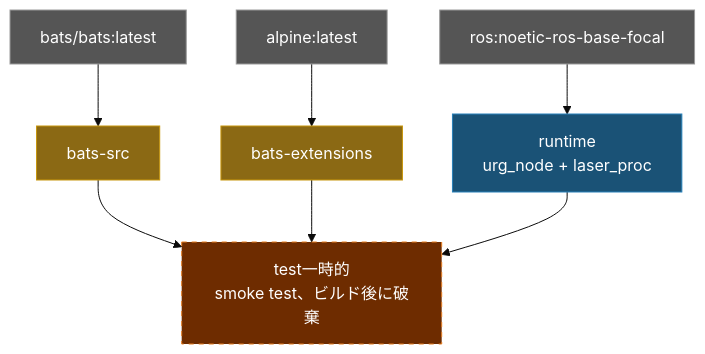
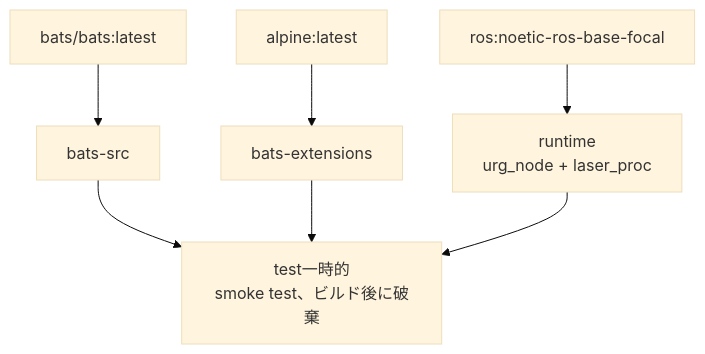
One commit to ycpss91255-docker/urg_node_noetic changed the diagram in doc/README.ja.md. Above: the diagram before and after it, drawn with Mermaid (base theme). The commit also changed 3 other files, not shown here.

Commit message:
docs: remove mermaid background colors from architecture diagrams (#15)

````diff
--- a/doc/README.ja.md
+++ b/doc/README.ja.md
@@ -84,20 +84,16 @@
 ```mermaid
 graph TD
-    EXT1["bats/bats:latest"]:::external
-    EXT2["alpine:latest"]:::external
-    EXT3["ros:noetic-ros-base-focal"]:::external
+    EXT1["bats/bats:latest"]
+    EXT2["alpine:latest"]
+    EXT3["ros:noetic-ros-base-focal"]
 
-    EXT1 --> bats-src["bats-src"]:::tool
-    EXT2 --> bats-ext["bats-extensions"]:::tool
+    EXT1 --> bats-src["bats-src"]
+    EXT2 --> bats-ext["bats-extensions"]
 
-    EXT3 --> runtime["runtime\nurg_node + laser_proc"]:::stage
+    EXT3 --> runtime["runtime\nurg_node + laser_proc"]
 
-    bats-src --> test["test一時的\nsmoke test、ビルド後に破棄"]:::ephemeral
+    bats-src --> test["test一時的\nsmoke test、ビルド後に破棄"]
     bats-ext --> test
     runtime --> test
 
-    classDef external fill:#555,color:#fff,stroke:#999
-    classDef tool fill:#8B6914,color:#fff,stroke:#c8960c
-    classDef stage fill:#1a5276,color:#fff,stroke:#2980b9
-    classDef ephemeral fill:#6e2c00,color:#fff,stroke:#e67e22,stroke-dasharray:5 5
 ```
````
